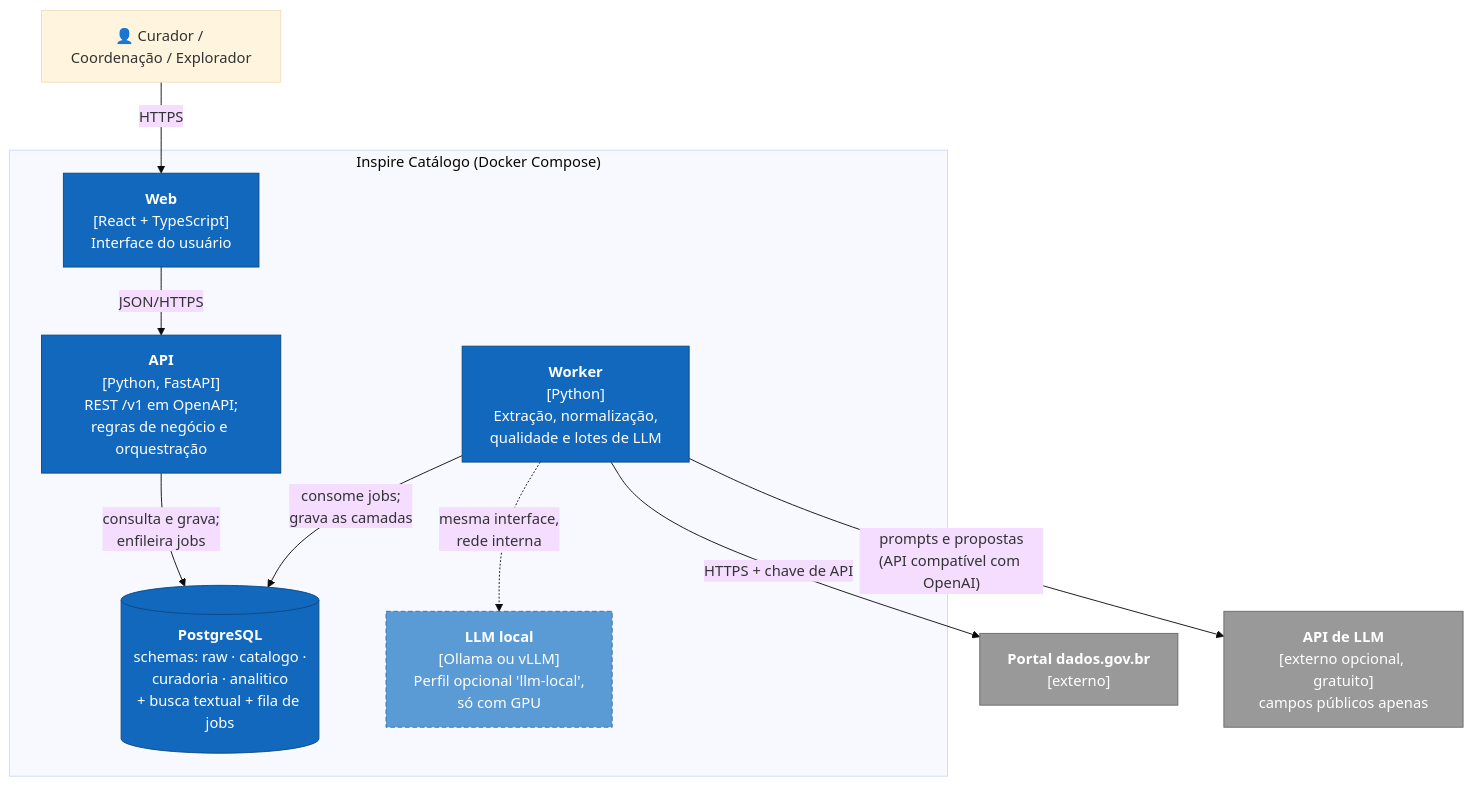
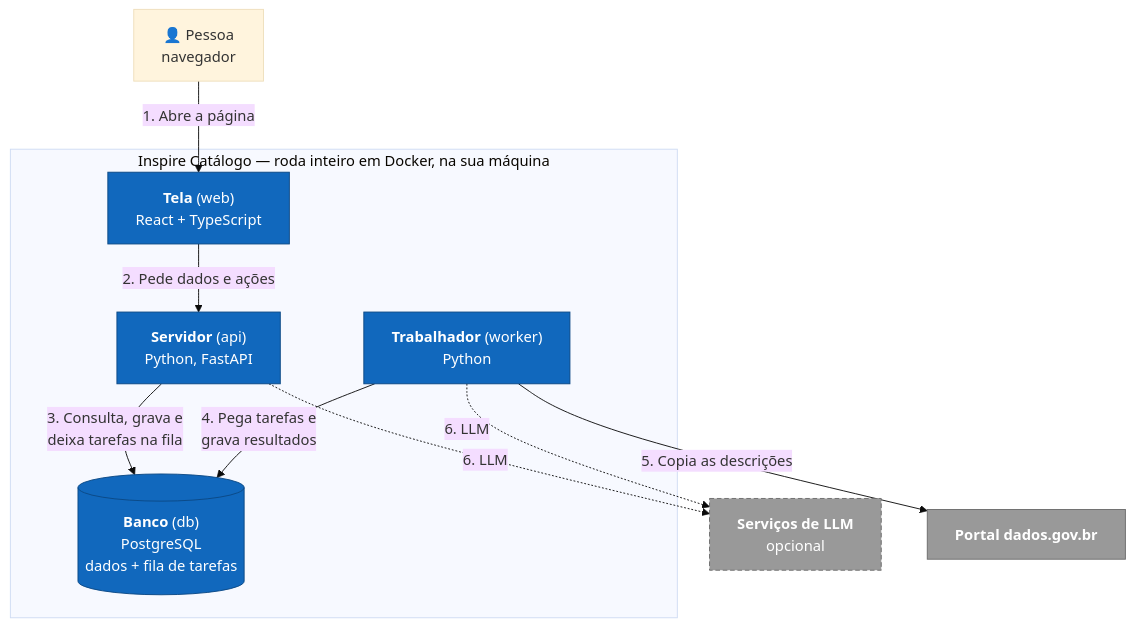
Before and after one commit to brhenbr/projeto_inspire: the diagram in docs/02-arquitetura/c2-conteineres.md, drawn with Mermaid (base theme). The commit also changed other lines of this file and 10 other files, not shown here.

Commit message:
docs: C4 reescritos (visao simples, C1 a C3 e fluxos novos), manual de testes com 43 casos, script de testes de aceitacao

````diff
--- a/docs/02-arquitetura/c2-conteineres.md
+++ b/docs/02-arquitetura/c2-conteineres.md
@@ -14,30 +7,29 @@
 ```mermaid
 flowchart TB
-    user["👤 Curador / Coordenação / Explorador"]
+    pessoa["👤 Pessoa<br/>navegador"]
 
-    subgraph sistema["Inspire Catálogo (Docker Compose)"]
-        web["<b>Web</b><br/>[React + TypeScript]<br/>Interface do usuário"]
-        api["<b>API</b><br/>[Python, FastAPI]<br/>REST /v1 em OpenAPI;<br/>regras de negócio e orquestração"]
-        worker["<b>Worker</b><br/>[Python]<br/>Extração, normalização,<br/>qualidade e lotes de LLM"]
-        db[("<b>PostgreSQL</b><br/>schemas: raw · catalogo ·<br/>curadoria · analitico<br/>+ busca textual + fila de jobs")]
-        llmlocal["<b>LLM local</b><br/>[Ollama ou vLLM]<br/>Perfil opcional 'llm-local',<br/>só com GPU"]
+    subgraph sistema["Inspire Catálogo — roda inteiro em Docker, na sua máquina"]
+        web["<b>Tela</b> (web)<br/>React + TypeScript"]
+        api["<b>Servidor</b> (api)<br/>Python, FastAPI"]
+        db[("<b>Banco</b> (db)<br/>PostgreSQL<br/>dados + fila de tarefas")]
+        worker["<b>Trabalhador</b> (worker)<br/>Python"]
     end
 
-    portal["<b>Portal dados.gov.br</b><br/>[externo]"]
-    llmext["<b>API de LLM</b><br/>[externo opcional, gratuito]<br/>campos públicos apenas"]
+    llm["<b>Serviços de LLM</b><br/>opcional"]
+    portal["<b>Portal dados.gov.br</b>"]
 
-    user -->|HTTPS| web
-    web -->|"JSON/HTTPS"| api
-    api -->|"consulta e grava;<br/>enfileira jobs"| db
-    worker -->|"consome jobs;<br/>grava as camadas"| db
-    worker -->|"HTTPS + chave de API"| portal
-    worker -->|"prompts e propostas<br/>(API compatível com OpenAI)"| llmext
-    worker -.->|"mesma interface,<br/>rede interna"| llmlocal
+    pessoa -->|"1. Abre a página"| web
+    web -->|"2. Pede dados e ações"| api
+    api -->|"3. Consulta, grava e<br/>deixa tarefas na fila"| db
+    worker -->|"4. Pega tarefas e<br/>grava resultados"| db
+    api -.->|"6. LLM"| llm
+    worker -.->|"6. LLM"| llm
+    worker -->|"5. Copia as descrições"| portal
 
     classDef nosso fill:#1168bd,stroke:#0b4884,color:#fff
-    classDef opc fill:#5b9bd5,stroke:#3a6fa0,color:#fff,stroke-dasharray: 5 3
     classDef ext fill:#999,stroke:#6b6b6b,color:#fff
+    classDef opc fill:#999,stroke:#6b6b6b,color:#fff,stroke-dasharray: 5 3
     class web,api,worker,db nosso
-    class llmlocal opc
-    class portal,llmext ext
+    class portal ext
+    class llm opc
 ```
````
